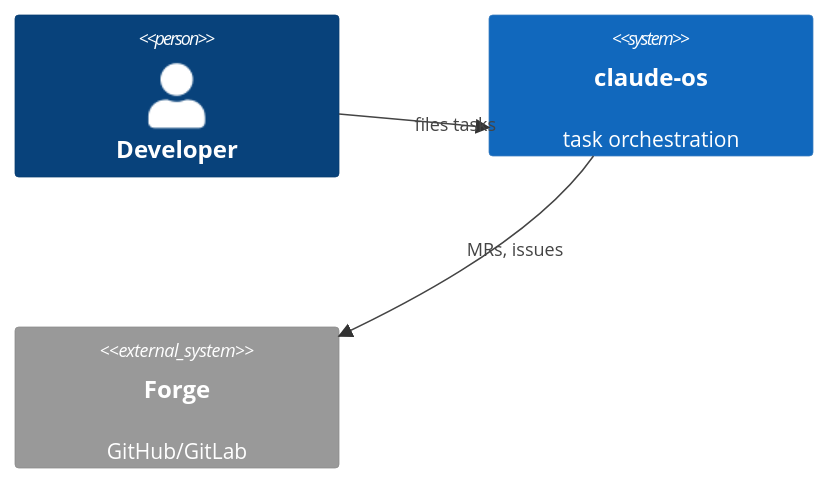
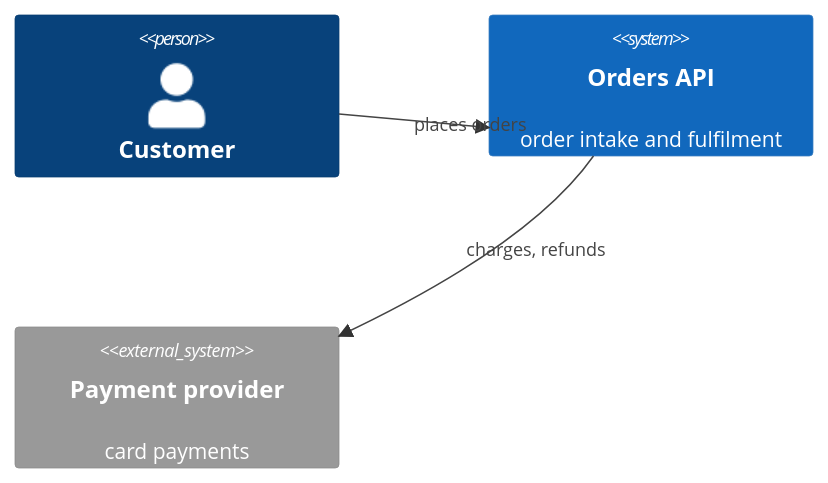
One commit to Lukdrasil/claude-factory changed the third of 10 diagrams in skills/block-research/references/diagrams.md. Above: the diagram before and after it, drawn with Mermaid. The commit also changed other lines of this file and 48 other files, not shown here.

````diff
--- a/skills/block-research/references/diagrams.md
+++ b/skills/block-research/references/diagrams.md
@@ -37,8 +37,8 @@
 ```mermaid
 C4Context
-    Person(dev, "Developer")
-    System(sys, "claude-os", "task orchestration")
-    System_Ext(forge, "Forge", "GitHub/GitLab")
-    Rel(dev, sys, "files tasks")
-    Rel(sys, forge, "MRs, issues")
+    Person(cust, "Customer")
+    System(sys, "Orders API", "order intake and fulfilment")
+    System_Ext(pay, "Payment provider", "card payments")
+    Rel(cust, sys, "places orders")
+    Rel(sys, pay, "charges, refunds")
 ```
````
